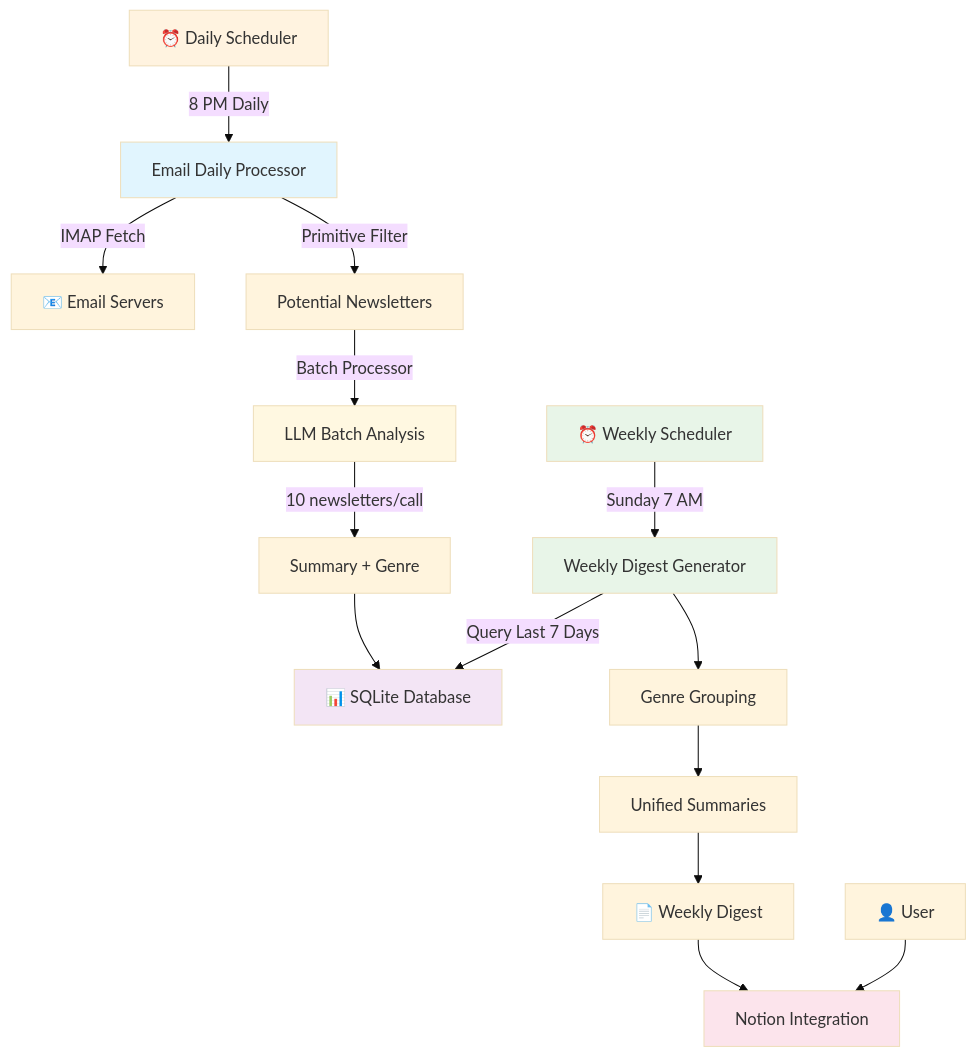
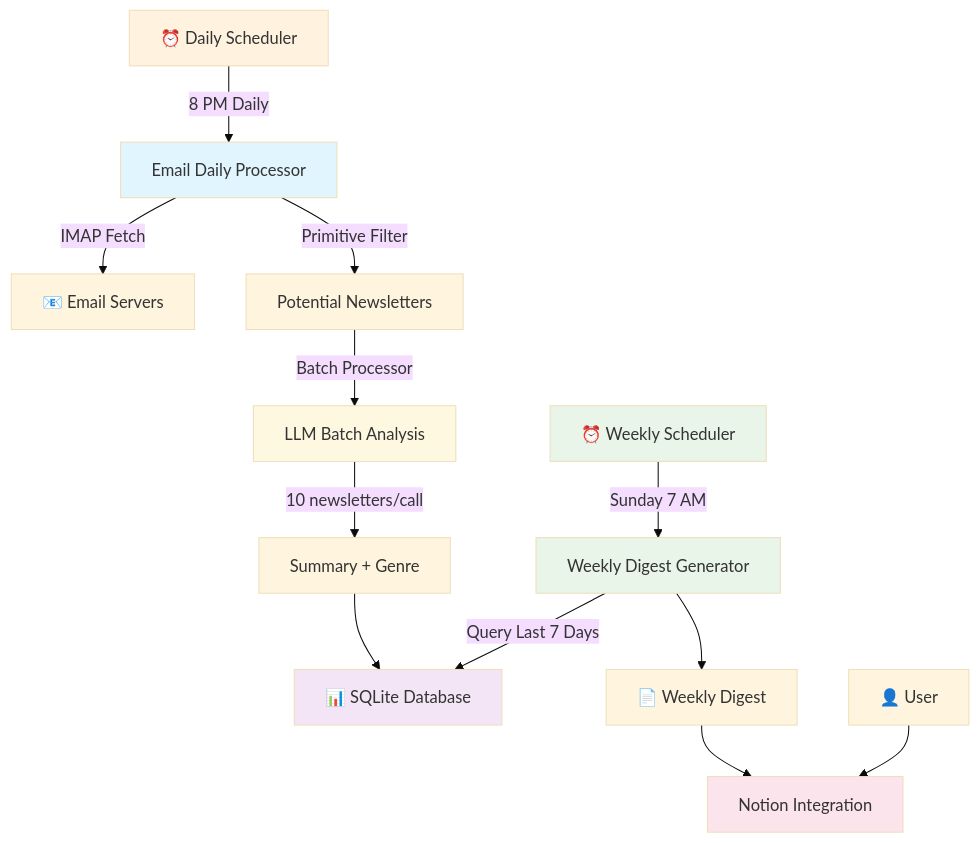
Before and after one commit to samz905/newsletter-gpt: the diagram in MIGRATION_PLAN.md, drawn with Mermaid (base theme).

Commit message:
new plan

````diff
--- a/MIGRATION_PLAN.md
+++ b/MIGRATION_PLAN.md
@@ -11,27 +11,25 @@
 ```mermaid
 graph TD
     A[⏰ Daily Scheduler] -->|8 PM Daily| B[Email Daily Processor]
     C[⏰ Weekly Scheduler] -->|Sunday 7 AM| D[Weekly Digest Generator]
     
     B -->|IMAP Fetch| E[📧 Email Servers]
     B -->|Primitive Filter| F[Potential Newsletters]
     F -->|Batch Processor| G[LLM Batch Analysis]
     G -->|10 newsletters/call| H[Summary + Genre]
     H --> I[📊 SQLite Database]
     
     D -->|Query Last 7 Days| I
-    D --> J[Genre Grouping]
-    J --> K[Unified Summaries]
-    K --> L[📄 Weekly Digest]
+    D --> L[📄 Weekly Digest]
     L --> M[Notion Integration]
     
     N[👤 User] --> M
     
     style A fill:#fff3e0
     style C fill:#e8f5e8
     style B fill:#e1f5fe
     style D fill:#e8f5e8
     style I fill:#f3e5f5
     style G fill:#fff8e1
     style M fill:#fce4ec
 ```
````
